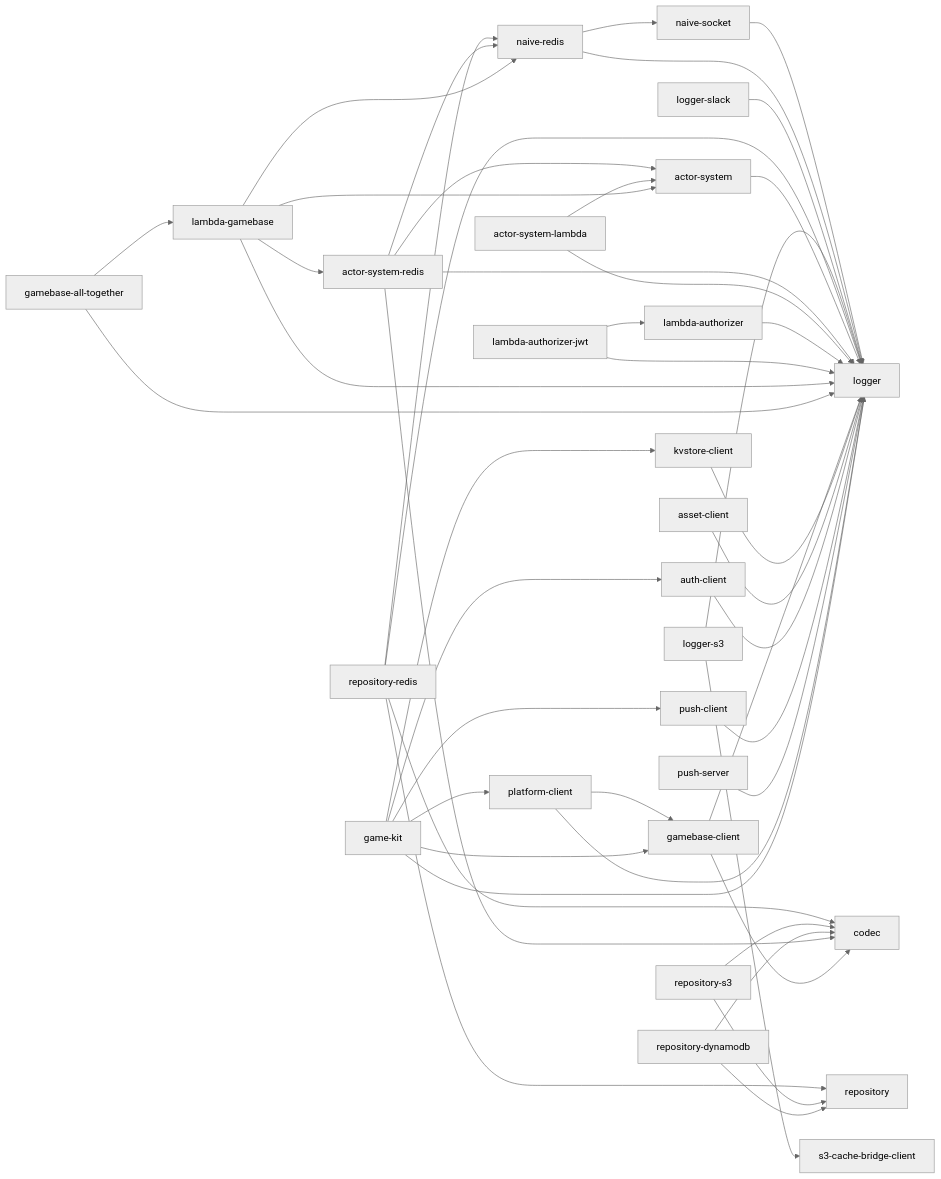
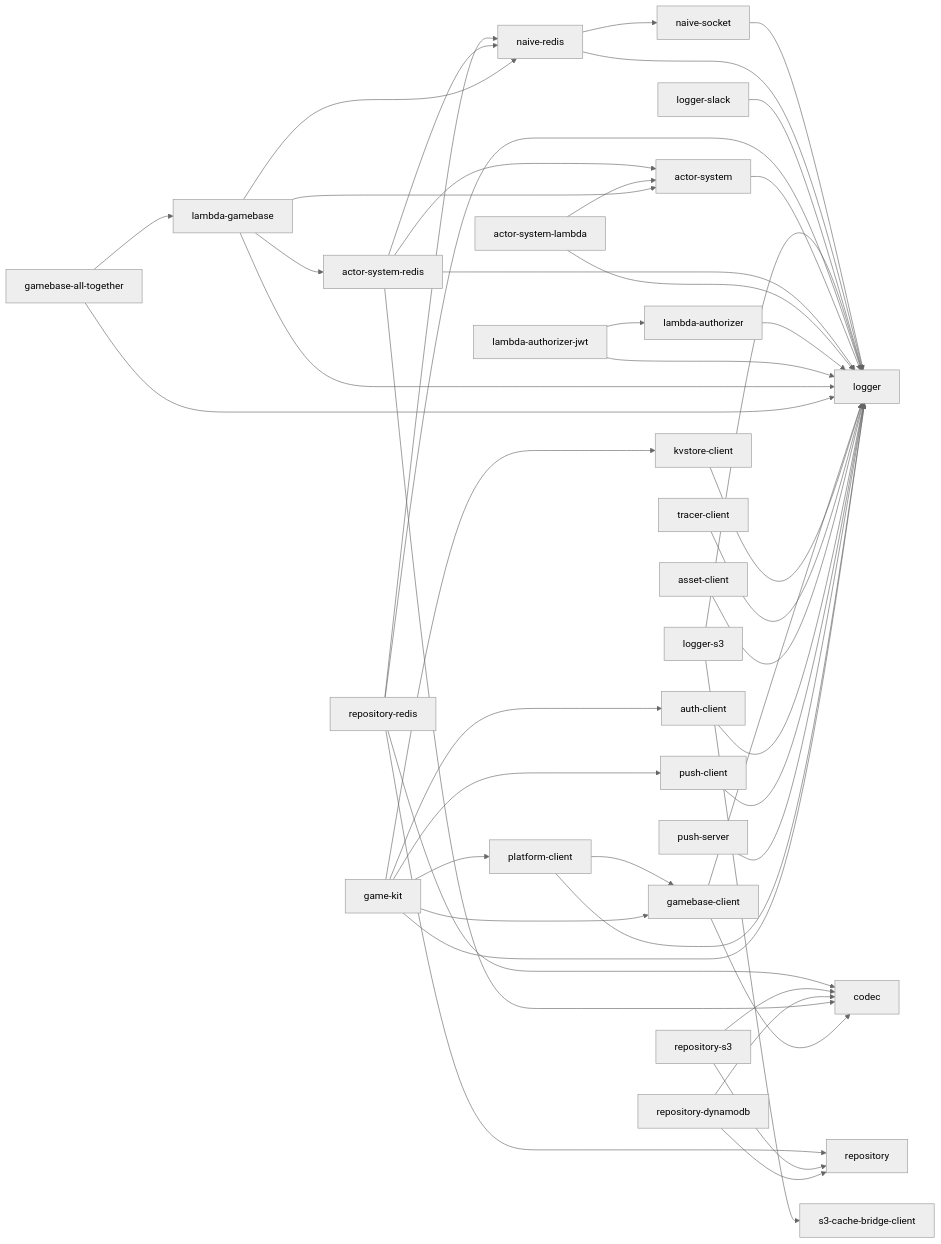
The diagram in README.md (yingyeothon/tslib), drawn with Mermaid (neutral theme) before and after one commit. The commit also changed other lines of this file and 30 other files, not shown here.

First line of the commit message:
Add @yingyeothon/tracer-client for the yyt tracer debug collector

````diff
--- a/README.md
+++ b/README.md
@@ -58,48 +60,49 @@
 ```mermaid
 graph LR
   naive-socket --> logger
   naive-redis --> logger
   naive-redis --> naive-socket
   logger-slack --> logger
   logger-s3 --> logger
   logger-s3 --> s3-cache-bridge-client
   repository-redis --> codec
   repository-redis --> logger
   repository-redis --> naive-redis
   repository-redis --> repository
   repository-s3 --> codec
   repository-s3 --> repository
   repository-dynamodb --> codec
   repository-dynamodb --> repository
   actor-system --> logger
   actor-system-redis --> actor-system
   actor-system-redis --> codec
   actor-system-redis --> logger
   actor-system-redis --> naive-redis
   actor-system-lambda --> actor-system
   actor-system-lambda --> logger
   lambda-authorizer --> logger
   lambda-authorizer-jwt --> lambda-authorizer
   lambda-authorizer-jwt --> logger
   lambda-gamebase --> actor-system
   lambda-gamebase --> actor-system-redis
   lambda-gamebase --> logger
   lambda-gamebase --> naive-redis
   gamebase-all-together --> lambda-gamebase
   gamebase-all-together --> logger
   gamebase-client --> codec
   gamebase-client --> logger
   kvstore-client --> logger
+  tracer-client --> logger
   asset-client --> logger
   auth-client --> logger
   push-client --> logger
   push-server --> logger
   platform-client --> gamebase-client
   platform-client --> logger
   game-kit --> push-client
   game-kit --> auth-client
   game-kit --> platform-client
   game-kit --> kvstore-client
   game-kit --> gamebase-client
   game-kit --> logger
 ```
````
